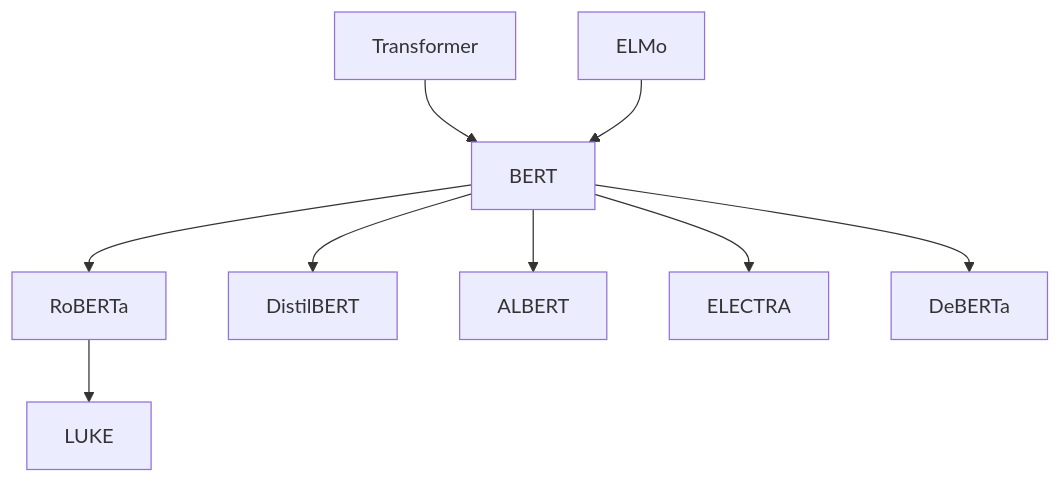
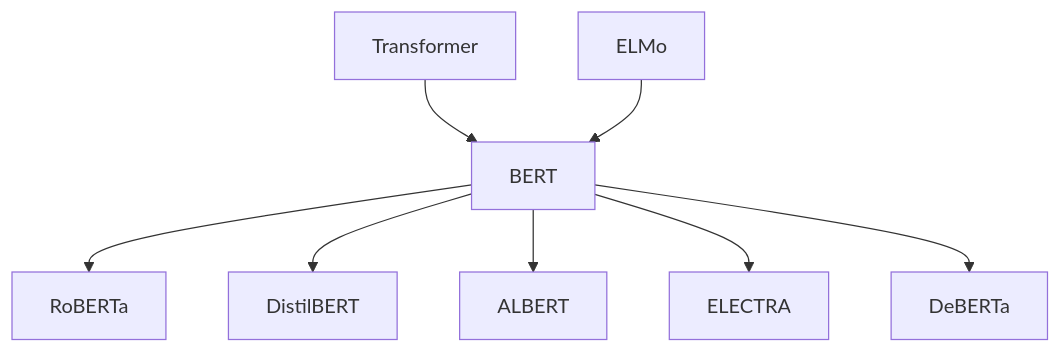
Before and after one commit to ted-sharp/chatvox: the fifth of 15 diagrams in doc/llm.md, drawn with Mermaid. The commit also changed other lines of this file, not shown here.

````diff
--- a/doc/llm.md
+++ b/doc/llm.md
@@ -272,10 +273,10 @@
 ```mermaid
 flowchart
 
 Transformer --> BERT
-ELMo --> BERT --> RoBERTa --> LUKE
+ELMo --> BERT --> RoBERTa
 BERT --> DistilBERT
 BERT --> ALBERT
 BERT --> ELECTRA
 BERT --> DeBERTa
 ```
````
